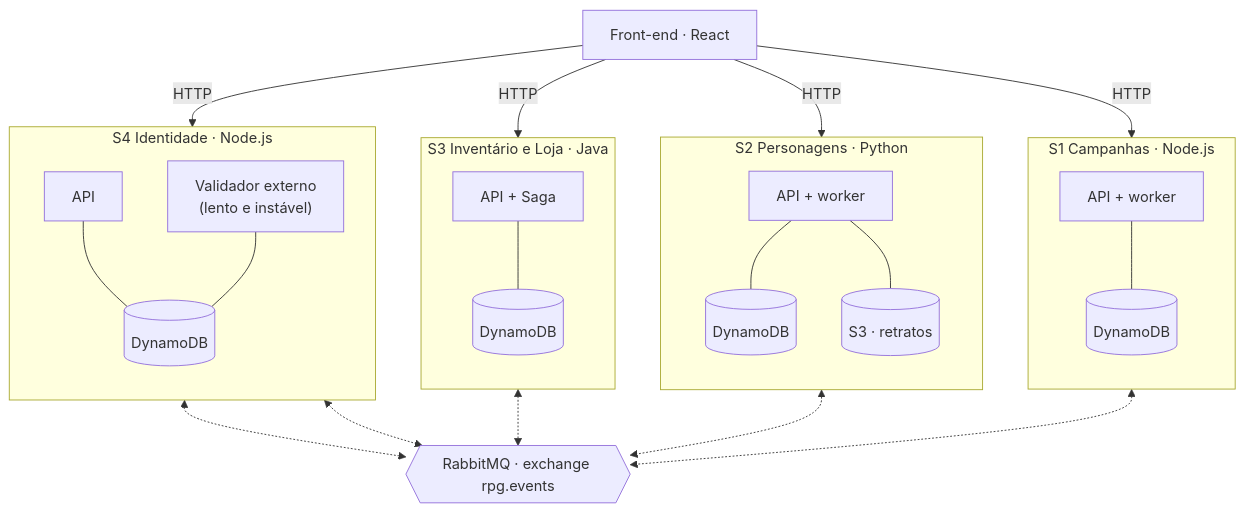
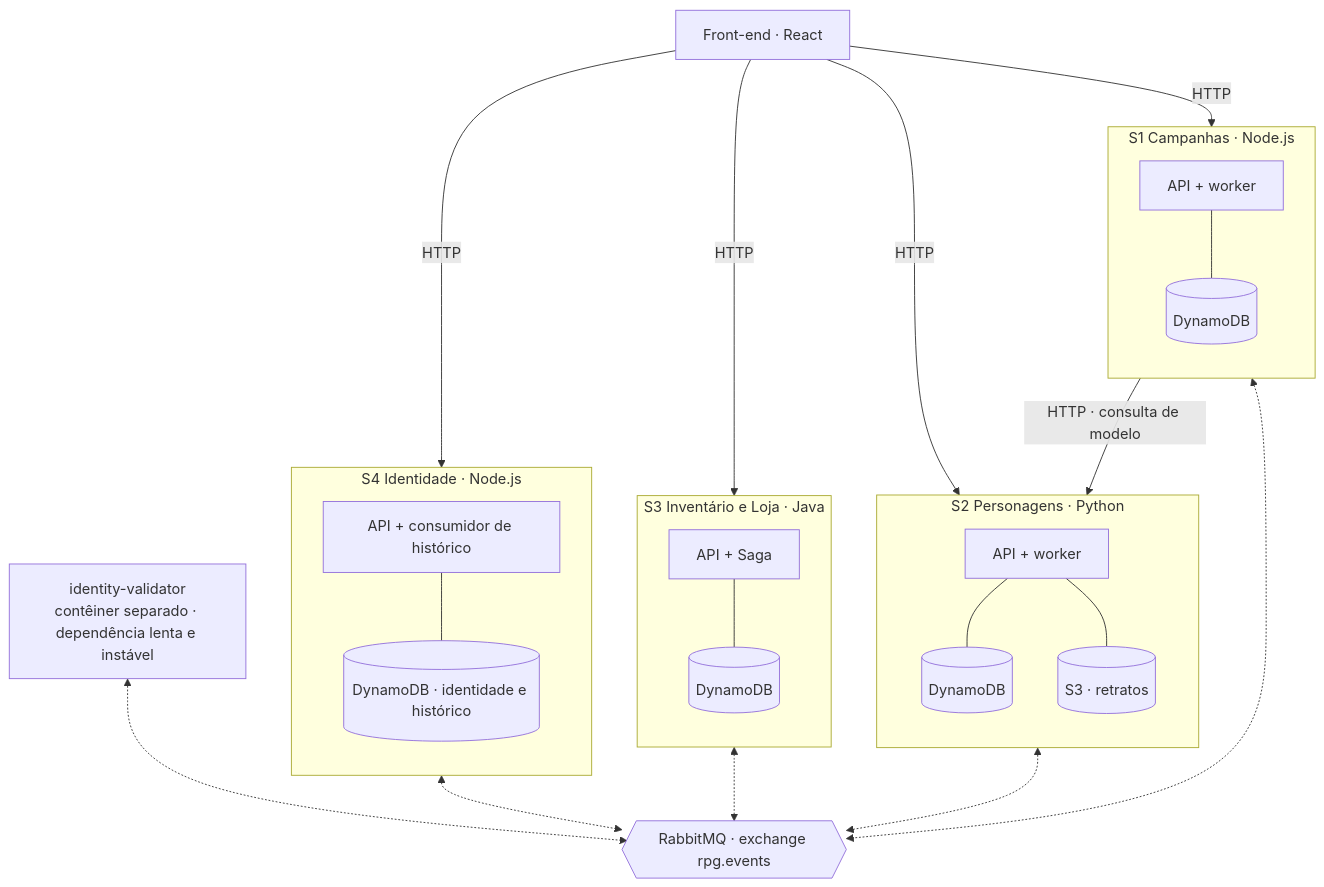
Before and after one commit to Lucas-Henschel/rpg-nexus: the diagram in README.md, drawn with Mermaid. The commit also changed other lines of this file, not shown here.

Commit message:
docs: update project registration and architecture

````diff
--- a/README.md
+++ b/README.md
@@ -18,28 +26,29 @@
 ```mermaid
 flowchart TB
     FE["Front-end · React"]
 
     subgraph S1["S1 Campanhas · Node.js"]
         direction TB
         A1["API + worker"] --- D1[("DynamoDB")]
     end
     subgraph S2["S2 Personagens · Python"]
         direction TB
         A2["API + worker"] --- D2[("DynamoDB")]
         A2 --- B2[("S3 · retratos")]
     end
     subgraph S3["S3 Inventário e Loja · Java"]
         direction TB
         A3["API + Saga"] --- D3[("DynamoDB")]
     end
     subgraph S4["S4 Identidade · Node.js"]
         direction TB
-        A4["API"] --- D4[("DynamoDB")]
-        V4["Validador externo<br/>(lento e instável)"] --- D4
+        A4["API + consumidor de histórico"] --- D4[("DynamoDB · identidade e histórico")]
     end
+    V4["identity-validator<br/>contêiner separado · dependência lenta e instável"]
 
     MQ{{"RabbitMQ · exchange rpg.events"}}
 
     FE -- HTTP --> A1 & A2 & A3 & A4
+    A1 -- "HTTP · consulta de modelo" --> A2
     A1 & A2 & A3 & A4 & V4 <-.-> MQ
 ```
````
